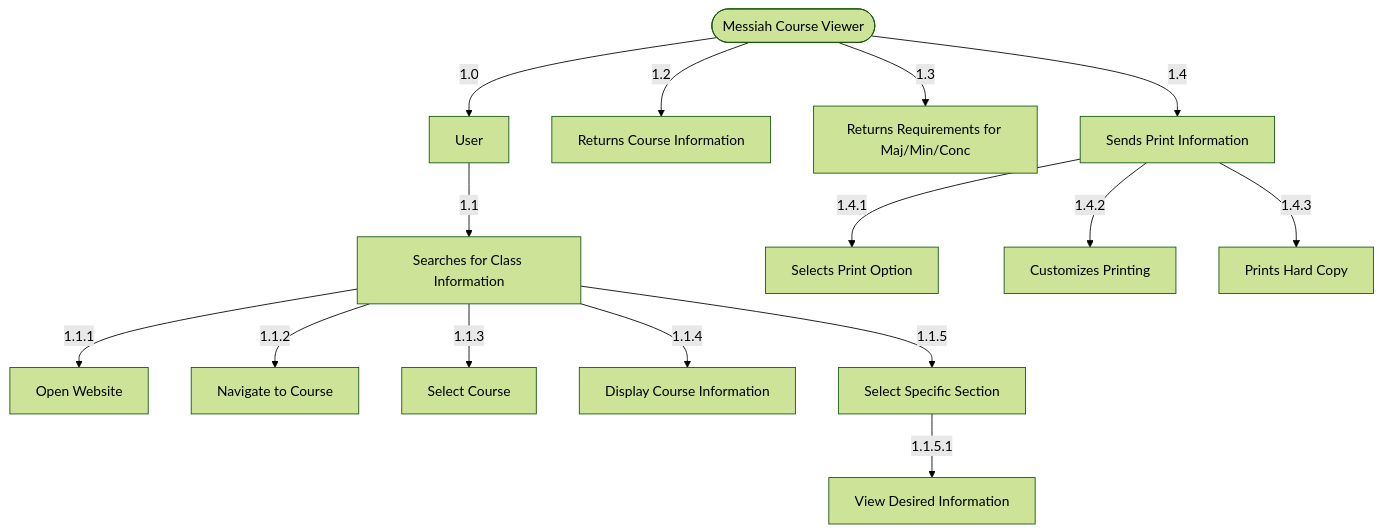
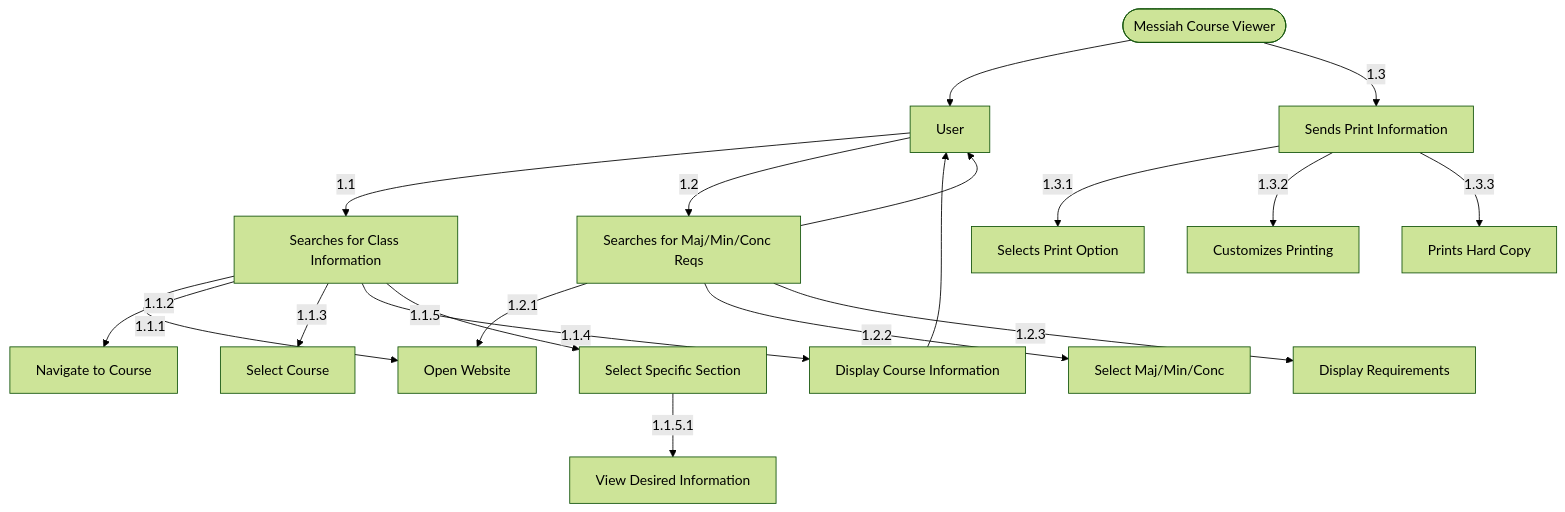
Before and after one commit to NoahBarrall/411Project: the third of 3 diagrams in System_Proposal_411.md, drawn with Mermaid (forest theme). The commit also changed other lines of this file, not shown here.

Commit message:
Updated DFD

````diff
--- a/System_Proposal_411.md
+++ b/System_Proposal_411.md
@@ -241,21 +240,27 @@
 ```mermaid
 flowchart TD;
-    A([Messiah Course Viewer]) -->|1.0| B[User];
+    A([Messiah Course Viewer])
+    B[User];
     B -->|1.1| C[Searches for Class Information];
+    B -->|1.2| P[Searches for Maj/Min/Conc Reqs];
     C -->|1.1.1| D[Open Website];
     C -->|1.1.2| E[Navigate to Course];
     C -->|1.1.3| F[Select Course];
     C -->|1.1.4| G[Display Course Information];
+    A --> B;
+    G --> B;
     C -->|1.1.5| H[Select Specific Section];
     H -->|1.1.5.1| I[View Desired Information];
-    A -->|1.2| J[Returns Course Information];
-    A -->|1.3| K[Returns Requirements for Maj/Min/Conc];
-    A -->|1.4| L[Sends Print Information];
-    L -->|1.4.1| M[Selects Print Option];
-    L -->|1.4.2| N[Customizes Printing];
-    L -->|1.4.3| O[Prints Hard Copy];
+    A -->|1.3| L[Sends Print Information];
+    L -->|1.3.1| M[Selects Print Option];
+    L -->|1.3.2| N[Customizes Printing];
+    L -->|1.3.3| O[Prints Hard Copy];
+    P -->|1.2.1| D
+    P -->|1.2.2| Q[Select Maj/Min/Conc];
+    P -->|1.2.3| R[Display Requirements];
+    P --> B;
 
 
 
 
 ```
````
